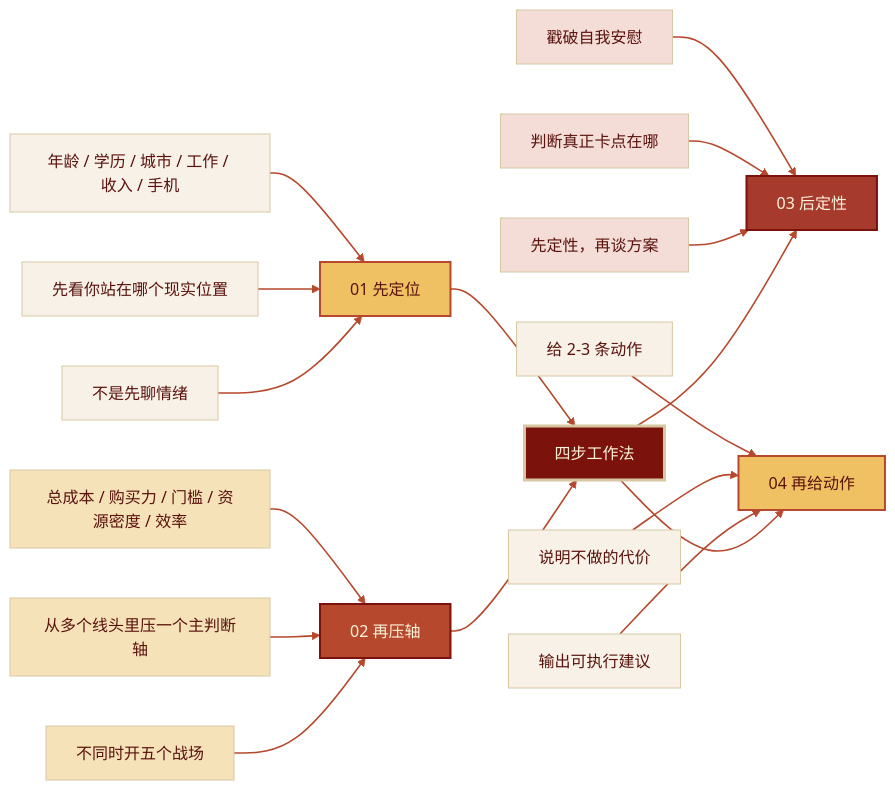
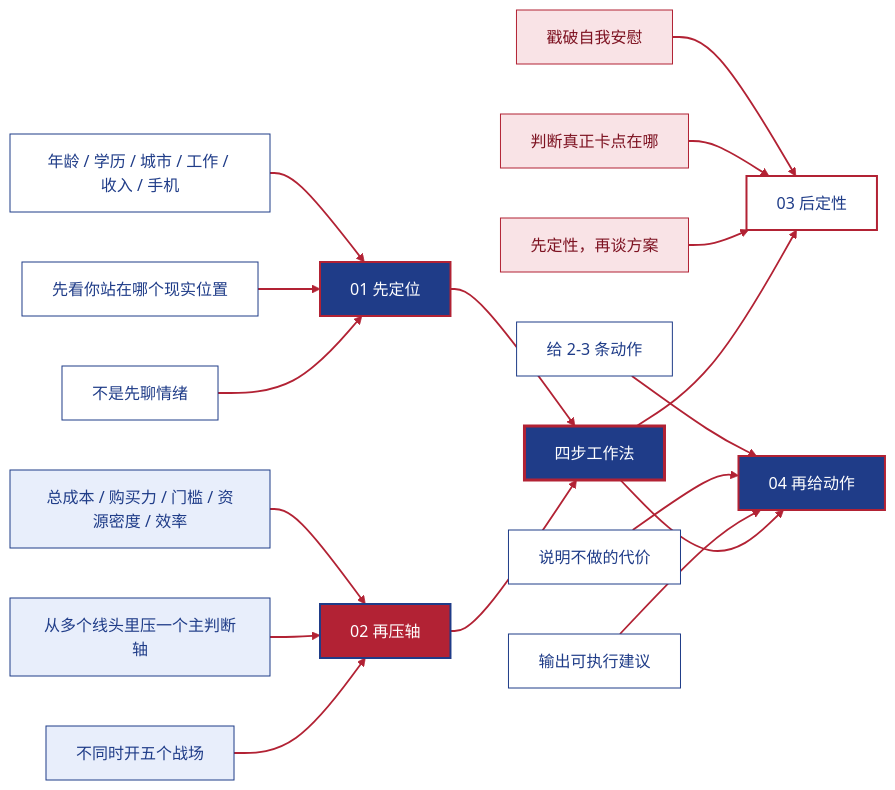
One commit to wangyi9341/hu_chenfeng_ProMax changed the diagram in README.md. Above: the diagram before and after it, drawn with Mermaid (forest theme). The commit also changed other lines of this file and 1 other file, not shown here.

Commit message:
docs: add cover image and restyle workflow diagram

````diff
--- a/README.md
+++ b/README.md
@@ -69,38 +69,38 @@
 ```mermaid
 flowchart LR
     A["四步工作法"]:::root
-    B["01 先定位"]:::stageGold
+    B["01 先定位"]:::stageBlue
     C["02 再压轴"]:::stageRed
-    D["03 后定性"]:::stageBrown
-    E["04 再给动作"]:::stageGold
+    D["03 后定性"]:::stageWhite
+    E["04 再给动作"]:::stageBlue
 
-    B1["年龄 / 学历 / 城市 / 工作 / 收入 / 手机"]:::leafCream --> B
-    B2["先看你站在哪个现实位置"]:::leafCream --> B
-    B3["不是先聊情绪"]:::leafCream --> B
+    B1["年龄 / 学历 / 城市 / 工作 / 收入 / 手机"]:::leafWhite --> B
+    B2["先看你站在哪个现实位置"]:::leafWhite --> B
+    B3["不是先聊情绪"]:::leafWhite --> B
 
-    C1["总成本 / 购买力 / 门槛 / 资源密度 / 效率"]:::leafWarm --> C
-    C2["从多个线头里压一个主判断轴"]:::leafWarm --> C
-    C3["不同时开五个战场"]:::leafWarm --> C
+    C1["总成本 / 购买力 / 门槛 / 资源密度 / 效率"]:::leafBlueSoft --> C
+    C2["从多个线头里压一个主判断轴"]:::leafBlueSoft --> C
+    C3["不同时开五个战场"]:::leafBlueSoft --> C
 
-    D1["戳破自我安慰"]:::leafRose --> D
-    D2["判断真正卡点在哪"]:::leafRose --> D
-    D3["先定性，再谈方案"]:::leafRose --> D
+    D1["戳破自我安慰"]:::leafRedSoft --> D
+    D2["判断真正卡点在哪"]:::leafRedSoft --> D
+    D3["先定性，再谈方案"]:::leafRedSoft --> D
 
-    E1["给 2-3 条动作"]:::leafCream --> E
-    E2["说明不做的代价"]:::leafCream --> E
-    E3["输出可执行建议"]:::leafCream --> E
+    E1["给 2-3 条动作"]:::leafWhite --> E
+    E2["说明不做的代价"]:::leafWhite --> E
+    E3["输出可执行建议"]:::leafWhite --> E
 
     B --> A
     C --> A
     A --> D
     A --> E
 
-    classDef root fill:#7b120c,color:#fff4db,stroke:#d8c7a3,stroke-width:3px;
-    classDef stageGold fill:#efc163,color:#5a120d,stroke:#b6492d,stroke-width:2px;
-    classDef stageRed fill:#b6492d,color:#fff4db,stroke:#7b120c,stroke-width:2px;
-    classDef stageBrown fill:#a63a2c,color:#fff4db,stroke:#7b120c,stroke-width:2px;
-    classDef leafCream fill:#f7f1e7,color:#5a120d,stroke:#d8c7a3,stroke-width:1px;
-    classDef leafWarm fill:#f5e2b8,color:#5a120d,stroke:#d8c7a3,stroke-width:1px;
-    classDef leafRose fill:#f3ddd6,color:#5a120d,stroke:#d8c7a3,stroke-width:1px;
-    linkStyle default stroke:#b6492d,stroke-width:1.6px;
+    classDef root fill:#1f3c88,color:#ffffff,stroke:#b22234,stroke-width:3px;
+    classDef stageBlue fill:#1f3c88,color:#ffffff,stroke:#b22234,stroke-width:2px;
+    classDef stageRed fill:#b22234,color:#ffffff,stroke:#1f3c88,stroke-width:2px;
+    classDef stageWhite fill:#ffffff,color:#1f3c88,stroke:#b22234,stroke-width:2px;
+    classDef leafWhite fill:#ffffff,color:#1f3c88,stroke:#1f3c88,stroke-width:1px;
+    classDef leafBlueSoft fill:#e8eefb,color:#1f3c88,stroke:#1f3c88,stroke-width:1px;
+    classDef leafRedSoft fill:#f9e3e6,color:#7d1221,stroke:#b22234,stroke-width:1px;
+    linkStyle default stroke:#b22234,stroke-width:1.8px;
 ```
````
